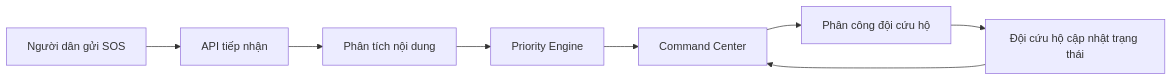
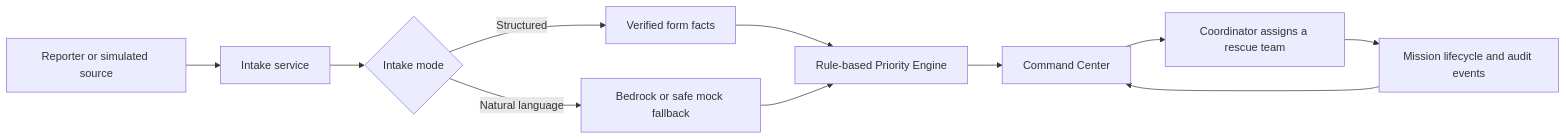
The first of 2 diagrams in README.md (nvtank/SOS_flow), drawn with Mermaid before and after one commit. The commit also changed other lines of this file, not shown here.

````diff
--- a/README.md
+++ b/README.md
@@ -61,10 +55,13 @@
 ```mermaid
 flowchart LR
-    A[Người dân gửi SOS] --> B[API tiếp nhận]
-    B --> C[Phân tích nội dung]
-    C --> D[Priority Engine]
-    D --> E[Command Center]
-    E --> F[Phân công đội cứu hộ]
-    F --> G[Đội cứu hộ cập nhật trạng thái]
-    G --> E
+    A[Reporter or simulated source] --> B[Intake service]
+    B --> C{Intake mode}
+    C -->|Structured| D[Verified form facts]
+    C -->|Natural language| E[Bedrock or safe mock fallback]
+    D --> F[Rule-based Priority Engine]
+    E --> F
+    F --> G[Command Center]
+    G --> H[Coordinator assigns a rescue team]
+    H --> I[Mission lifecycle and audit events]
+    I --> G
 ```
````
